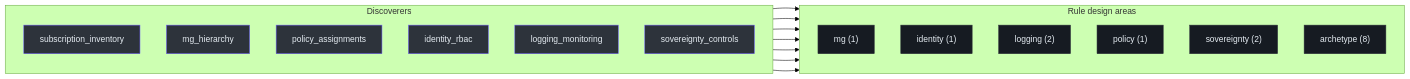
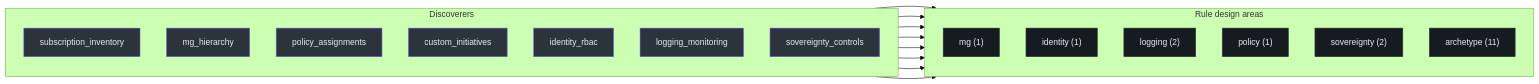
One commit to msucharda/slz-readiness changed the diagram in wiki/docs/deep-dive/discover/discoverers.md. Above: the diagram before and after it, drawn with Mermaid (forest theme). The commit also changed other lines of this file and 39 other files, not shown here.

````diff
--- a/wiki/docs/deep-dive/discover/discoverers.md
+++ b/wiki/docs/deep-dive/discover/discoverers.md
@@ -90,33 +89,35 @@
 ```mermaid
 flowchart LR
     subgraph Disc["Discoverers"]
         direction TB
         D1["subscription_inventory"]:::d
         D2["mg_hierarchy"]:::d
         D3["policy_assignments"]:::d
-        D4["identity_rbac"]:::d
-        D5["logging_monitoring"]:::d
-        D6["sovereignty_controls"]:::d
+        D4["custom_initiatives"]:::d
+        D5["identity_rbac"]:::d
+        D6["logging_monitoring"]:::d
+        D7["sovereignty_controls"]:::d
     end
 
     subgraph Rules["Rule design areas"]
         direction TB
         R1["mg (1)"]:::r
         R2["identity (1)"]:::r
         R3["logging (2)"]:::r
         R4["policy (1)"]:::r
         R5["sovereignty (2)"]:::r
-        R6["archetype (8)"]:::r
+        R6["archetype (11)"]:::r
     end
 
     D2 --> R1
     D2 --> R6
-    D4 --> R2
-    D5 --> R3
+    D5 --> R2
+    D6 --> R3
     D3 --> R4
     D3 --> R6
-    D6 --> R5
+    D4 --> R6
+    D7 --> R5
 
     classDef d fill:#2d333b,stroke:#6d5dfc,color:#e6edf3;
     classDef r fill:#161b22,stroke:#30363d,color:#e6edf3;
 ```
````
